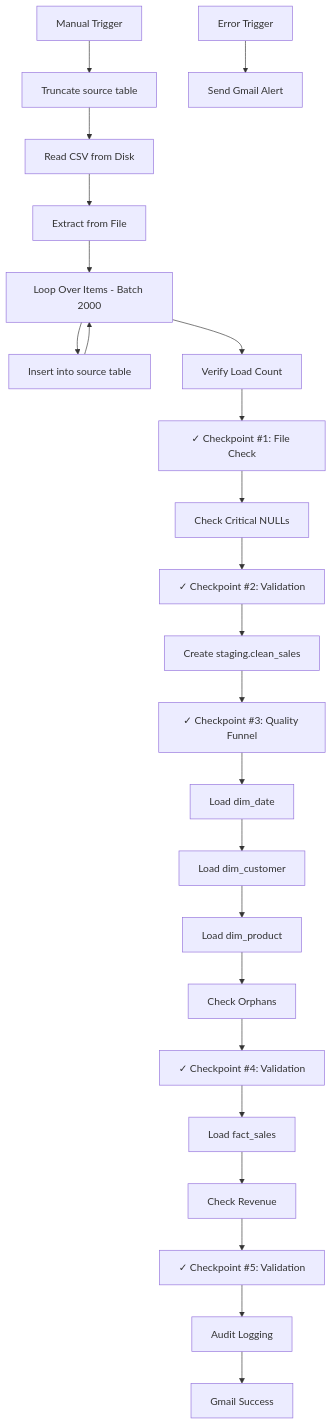
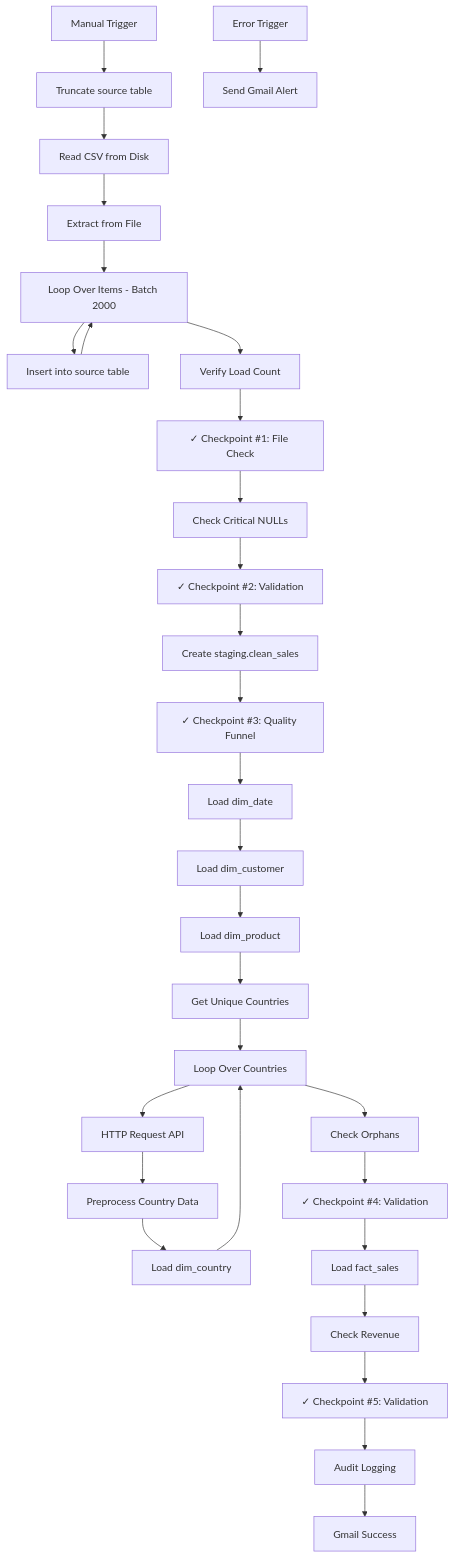
Before and after one commit to kadusic1/BI-Project: the diagram in docs/03_elt_pipeline.md, drawn with Mermaid. The commit also changed other lines of this file, not shown here.

````diff
--- a/docs/03_elt_pipeline.md
+++ b/docs/03_elt_pipeline.md
@@ -10,27 +10,33 @@
 ```mermaid
 graph TD
     A[Manual Trigger] --> B[Truncate source table]
     B --> C[Read CSV from Disk]
     C --> D[Extract from File]
     D --> E[Loop Over Items - Batch 2000]
     E --> F[Insert into source table]
     F --> E
     E --> G[Verify Load Count]
     G --> H[✓ Checkpoint #1: File Check]
     H --> I[Check Critical NULLs]
     I --> J[✓ Checkpoint #2: Validation]
     J --> K[Create staging.clean_sales]
     K --> L[✓ Checkpoint #3: Quality Funnel]
     L --> M[Load dim_date]
     M --> N[Load dim_customer]
     N --> O[Load dim_product]
-    O --> P[Check Orphans]
+    O --> OA[Get Unique Countries]
+    OA --> OB[Loop Over Countries]
+    OB --> OC[HTTP Request API]
+    OC --> OD[Preprocess Country Data]
+    OD --> OE[Load dim_country]
+    OE --> OB
+    OB --> P[Check Orphans]
     P --> Q[✓ Checkpoint #4: Validation]
     Q --> R[Load fact_sales]
     R --> S[Check Revenue]
     S --> T[✓ Checkpoint #5: Validation]
     T --> U[Audit Logging]
     U --> V[Gmail Success]
     
     ERROR[Error Trigger] --> FAIL[Send Gmail Alert]
 ```
````
